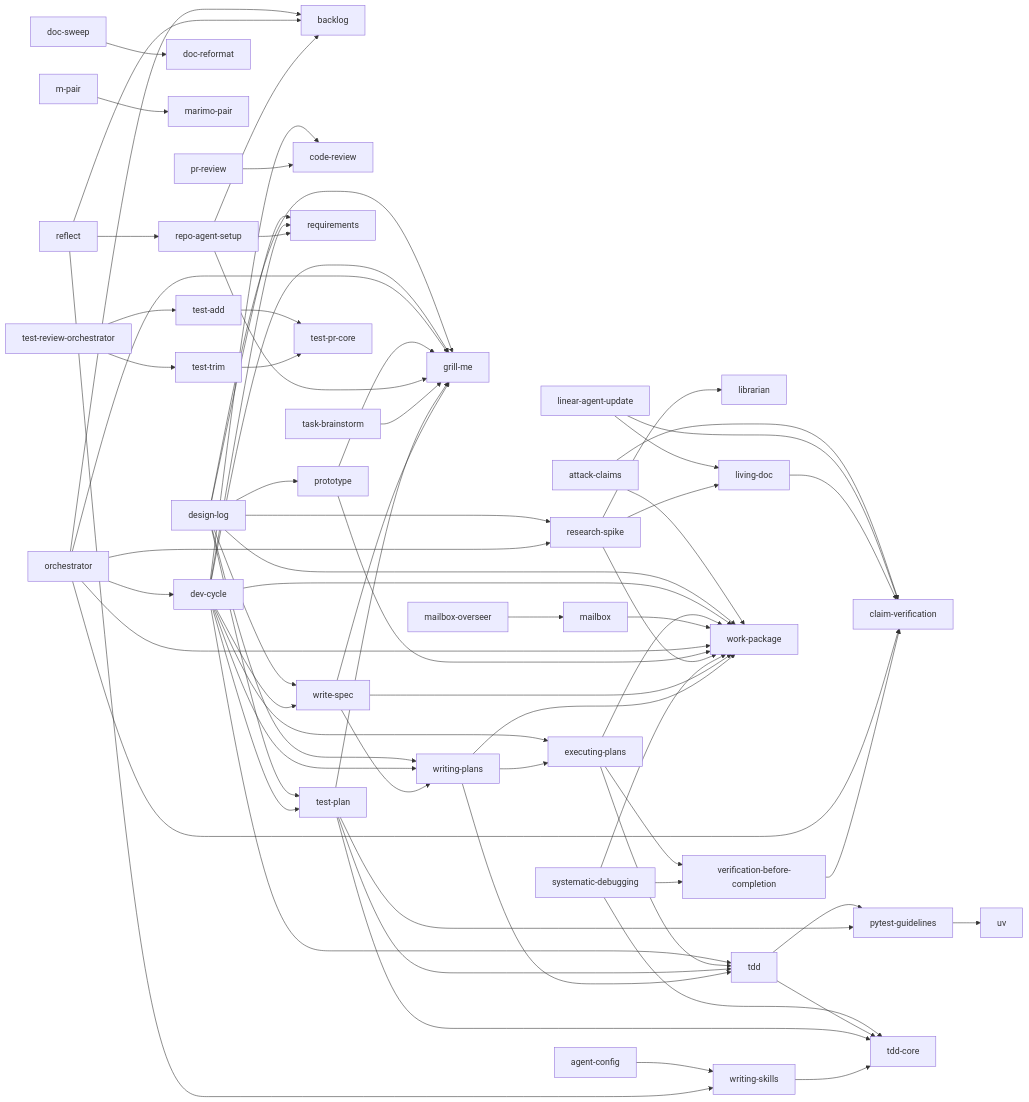
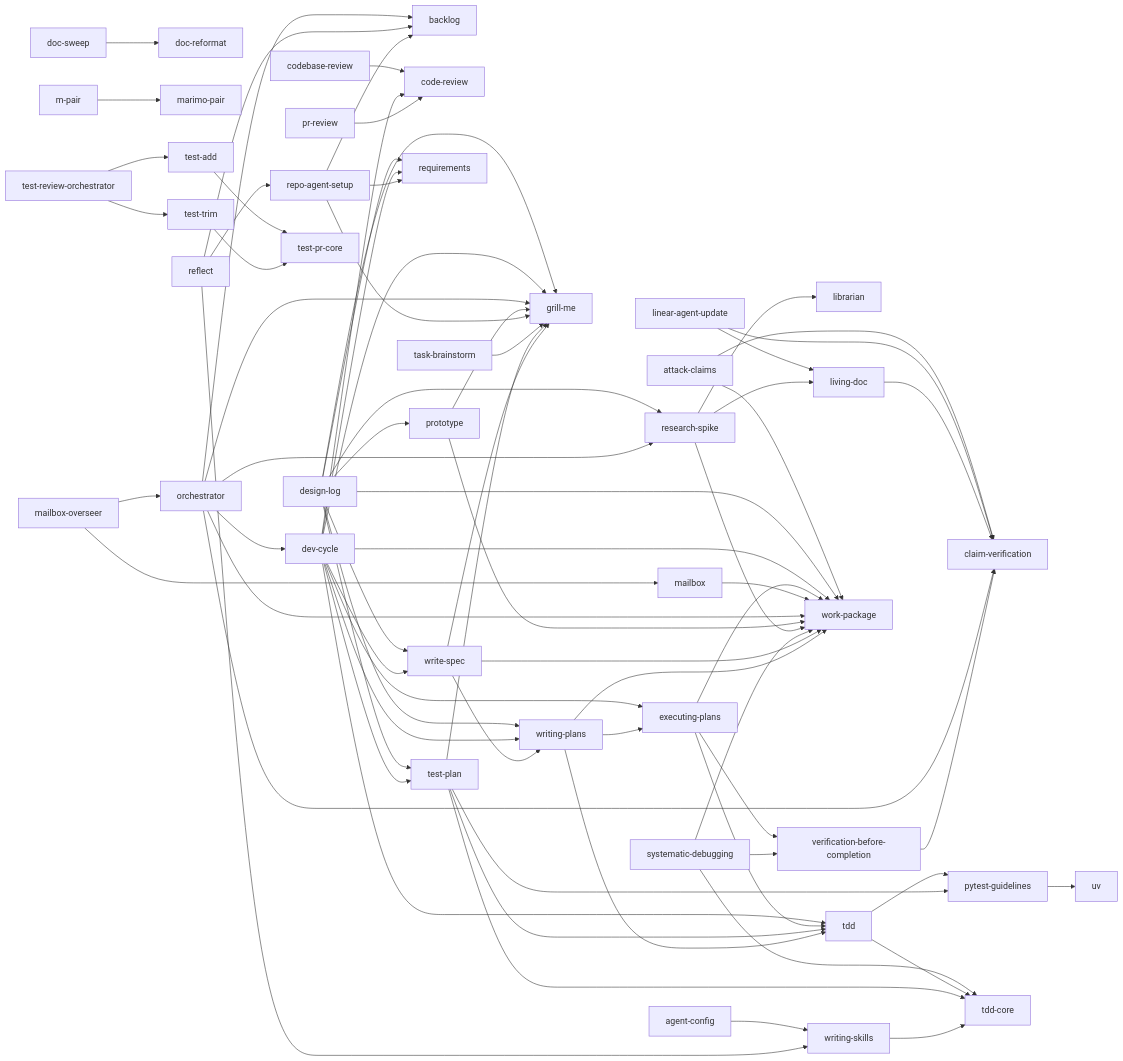
One commit to Haydeni0/agent-config changed the diagram in README.md. Above: the diagram before and after it, drawn with Mermaid. The commit also changed 9 other files, not shown here.

First line of the commit message:
docs: clear stale metadata and zero the skill-graph warnings

```diff
--- a/README.md
+++ b/README.md
@@ -188,7 +188,7 @@
     %% caveman_review[caveman-review]
     claim_verification[claim-verification]
     code_review[code-review]
-    %% codebase_review[codebase-review]
+    codebase_review[codebase-review]
     design_log[design-log]
     dev_cycle[dev-cycle]
     doc_reformat[doc-reformat]
@@ -250,6 +250,7 @@
     agent_config --> writing_skills
     attack_claims --> work_package
     attack_claims --> claim_verification
+    codebase_review --> code_review
     design_log --> grill_me
     design_log --> test_plan
     design_log --> write_spec
@@ -277,6 +278,7 @@
     m_pair --> marimo_pair
     mailbox --> work_package
     mailbox_overseer --> mailbox
+    mailbox_overseer --> orchestrator
     orchestrator --> grill_me
     orchestrator --> backlog
     orchestrator --> dev_cycle
```
